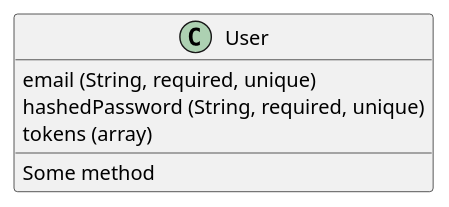
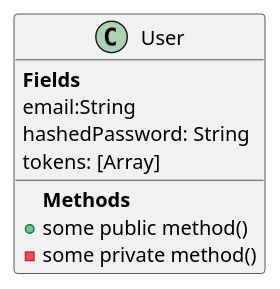
The diagram in src/app/odm/uml/user.puml (TwoFistedJustice/manifold), drawn with PlantUML before and after one commit. The commit also changed 2 other files, not shown here.

Commit message:
Clean up UML

```diff
--- a/src/app/odm/uml/user.puml
+++ b/src/app/odm/uml/user.puml
@@ -1,8 +1,12 @@
 @startuml
 class User {
-  {field} email (String, required, unique)
-  {field} hashedPassword (String, required, unique)
-  {field} tokens (array)
-  {method} Some method
+  {field} <b>Fields</b>
+  email:String
+  hashedPassword: String
+  tokens: [Array]
+
+  {method}<b>Methods</b>
+  +some public method()
+  -some private method()
 }
 @enduml
```
